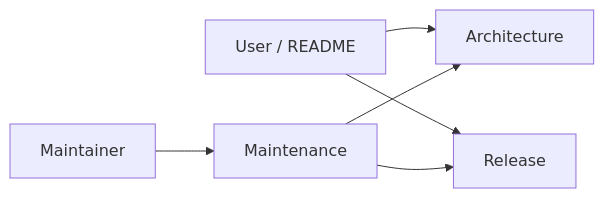
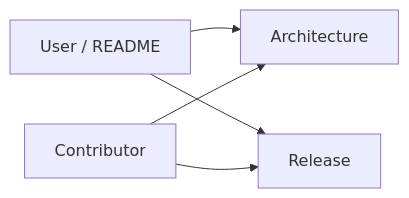
Before and after one commit to rururunu/AAAi: the diagram in docs/README.md, drawn with Mermaid. The commit also changed other lines of this file and 45 other files, not shown here.

````diff
--- a/docs/README.md
+++ b/docs/README.md
@@ -20,8 +19,7 @@
 ```mermaid
 flowchart LR
   User[User / README] --> Arch[Architecture]
   User --> Rel[Release]
-  Dev[Maintainer] --> Maint[Maintenance]
-  Maint --> Arch
-  Maint --> Rel
+  Dev[Contributor] --> Arch
+  Dev --> Rel
 ```
````
